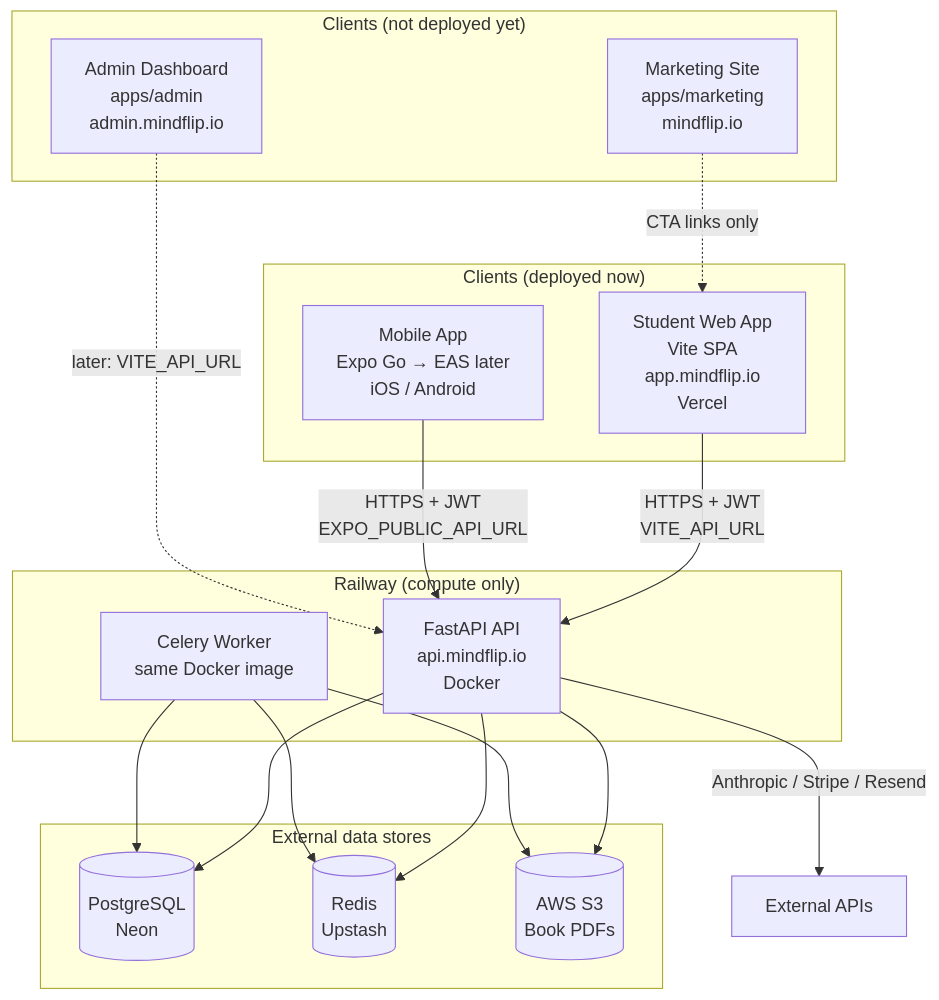
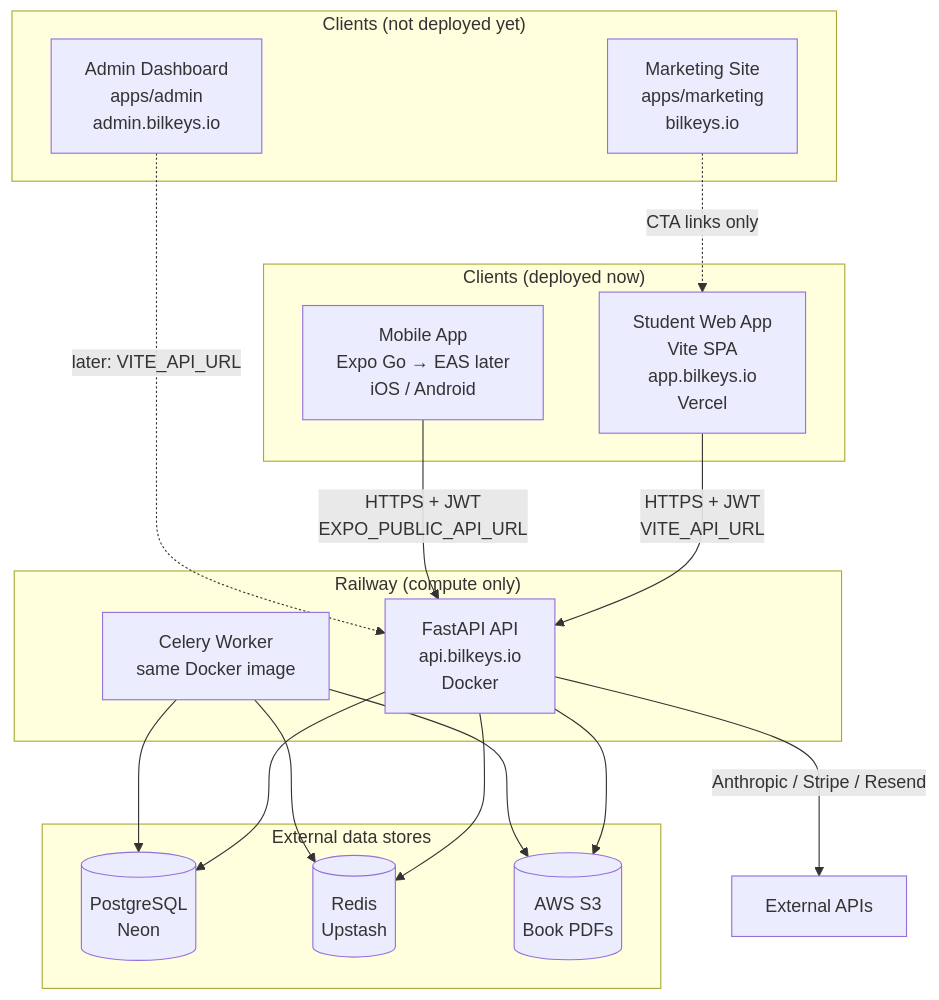
One commit to limkam/mind-flip-study changed the diagram in DEPLOY.md. Above: the diagram before and after it, drawn with Mermaid. The commit also changed other lines of this file and 263 other files, not shown here.

First line of the commit message:
Rebrand to Bilkeys and add owner console, proration, and admin analytics

````diff
--- a/DEPLOY.md
+++ b/DEPLOY.md
@@ -540,37 +540,37 @@
 ```mermaid
 flowchart TB
     subgraph clients["Clients (deployed now)"]
-        WEB["Student Web App<br/>Vite SPA<br/>app.mindflip.io<br/>Vercel"]
+        WEB["Student Web App<br/>Vite SPA<br/>app.bilkeys.io<br/>Vercel"]
         MOBILE["Mobile App<br/>Expo Go → EAS later<br/>iOS / Android"]
     end
 
     subgraph clients_later["Clients (not deployed yet)"]
-        ADMIN["Admin Dashboard<br/>apps/admin<br/>admin.mindflip.io"]
-        MKT["Marketing Site<br/>apps/marketing<br/>mindflip.io"]
+        ADMIN["Admin Dashboard<br/>apps/admin<br/>admin.bilkeys.io"]
+        MKT["Marketing Site<br/>apps/marketing<br/>bilkeys.io"]
     end
 
     subgraph railway["Railway (compute only)"]
-        API["FastAPI API<br/>api.mindflip.io<br/>Docker"]
+        API["FastAPI API<br/>api.bilkeys.io<br/>Docker"]
         WORKER["Celery Worker<br/>same Docker image"]
     end
 
     subgraph data["External data stores"]
         PG[("PostgreSQL<br/>Neon")]
         REDIS[("Redis<br/>Upstash")]
         S3[("AWS S3<br/>Book PDFs")]
     end
 
     WEB -->|"HTTPS + JWT<br/>VITE_API_URL"| API
     MOBILE -->|"HTTPS + JWT<br/>EXPO_PUBLIC_API_URL"| API
     ADMIN -.->|"later: VITE_API_URL"| API
     MKT -.->|"CTA links only"| WEB
 
     API --> PG
     API --> REDIS
     API --> S3
     WORKER --> PG
     WORKER --> REDIS
     WORKER --> S3
 
     API -->|"Anthropic / Stripe / Resend"| EXT["External APIs"]
 ```
````
